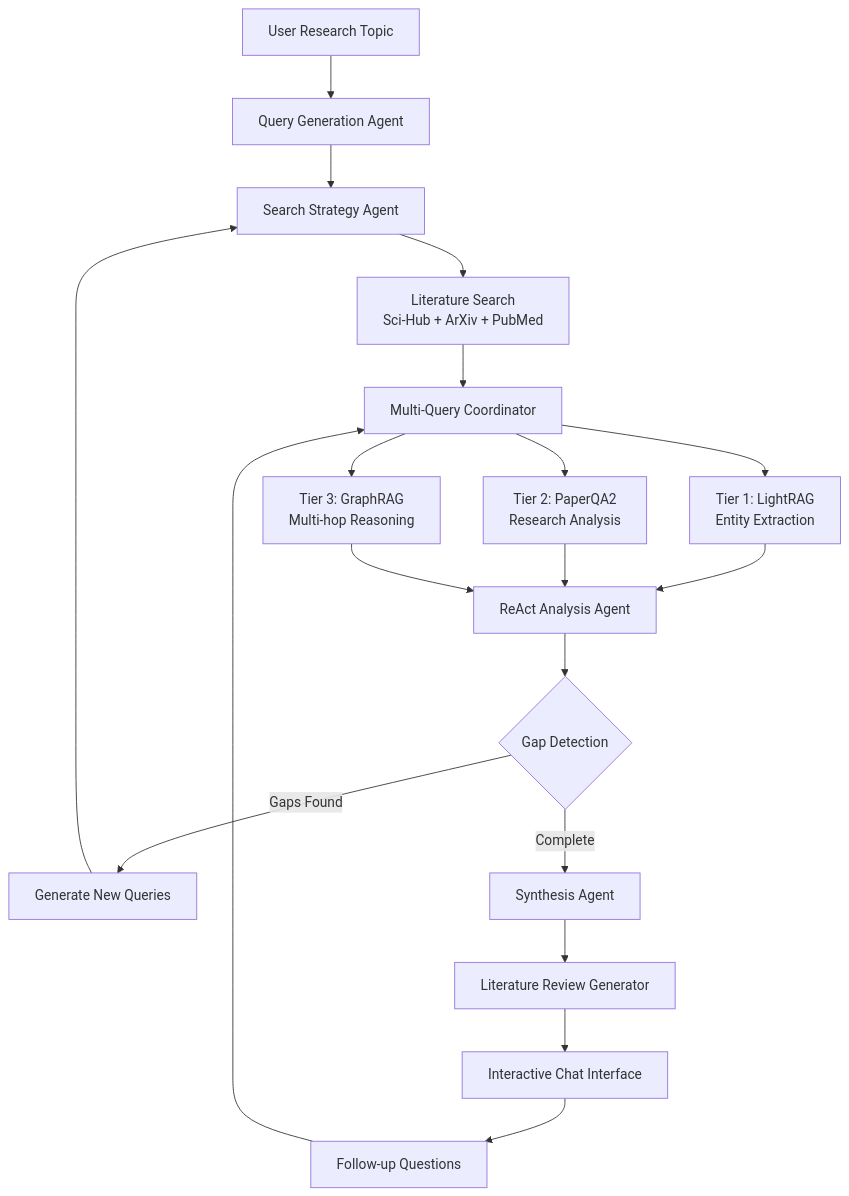
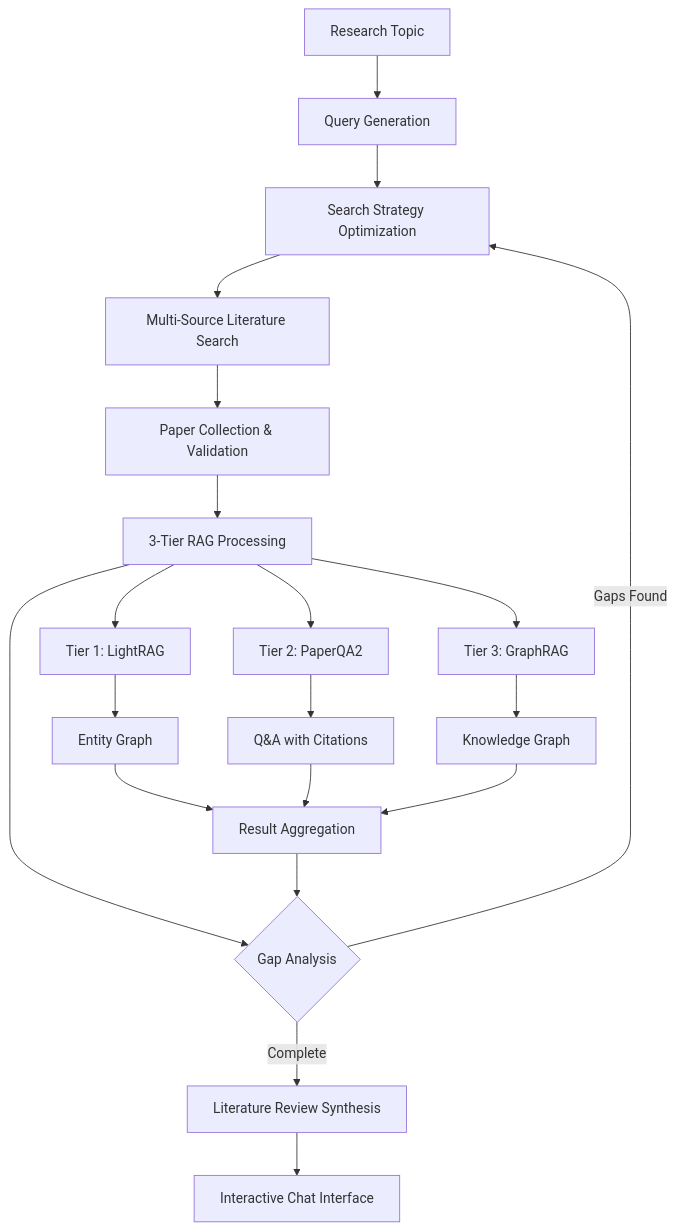
Before and after one commit to gyasis/PromptChain: the first of 2 diagrams in Research_agent/docs/ARCHITECTURE.md, drawn with Mermaid. The commit also changed other lines of this file and 4 other files, not shown here.

First line of the commit message:
feat: Implement comprehensive FastAPI backend for Research Agent

````diff
--- a/Research_agent/docs/ARCHITECTURE.md
+++ b/Research_agent/docs/ARCHITECTURE.md
@@ -19,25 +271,25 @@
 ```mermaid
 graph TD
-    A[User Research Topic] --> B[Query Generation Agent]
-    B --> C[Search Strategy Agent]
-    C --> D[Literature Search<br/>Sci-Hub + ArXiv + PubMed]
-    D --> E[Multi-Query Coordinator]
+    A[Research Topic] --> B[Query Generation]
+    B --> C[Search Strategy Optimization]
+    C --> D[Multi-Source Literature Search]
+    D --> E[Paper Collection & Validation]
+    E --> F[3-Tier RAG Processing]
+    F --> G{Gap Analysis}
+    G -->|Gaps Found| C
+    G -->|Complete| H[Literature Review Synthesis]
+    H --> I[Interactive Chat Interface]
     
-    E --> F[Tier 1: LightRAG<br/>Entity Extraction]
-    E --> G[Tier 2: PaperQA2<br/>Research Analysis]  
-    E --> H[Tier 3: GraphRAG<br/>Multi-hop Reasoning]
+    F --> F1[Tier 1: LightRAG]
+    F --> F2[Tier 2: PaperQA2]
+    F --> F3[Tier 3: GraphRAG]
     
-    F --> I[ReAct Analysis Agent]
-    G --> I
-    H --> I
+    F1 --> J[Entity Graph]
+    F2 --> K[Q&A with Citations]
+    F3 --> L[Knowledge Graph]
     
-    I --> J{Gap Detection}
-    J -->|Gaps Found| K[Generate New Queries]
-    K --> C
-    J -->|Complete| L[Synthesis Agent]
-    
-    L --> M[Literature Review Generator]
-    M --> N[Interactive Chat Interface]
-    N --> O[Follow-up Questions]
-    O --> E
+    J --> M[Result Aggregation]
+    K --> M
+    L --> M
+    M --> G
 ```
````
